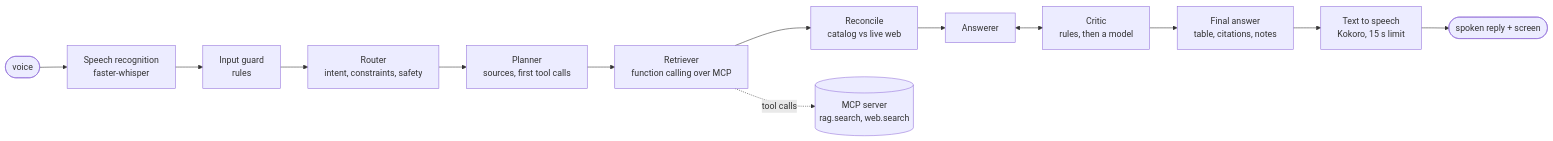
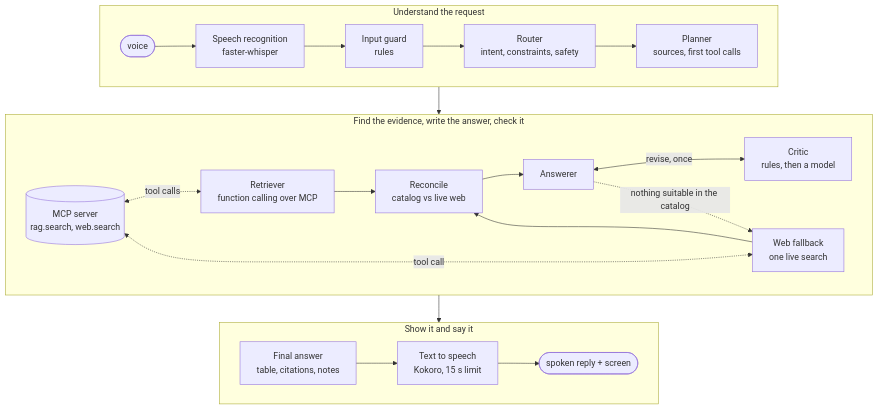
The diagram in README.md (MohanLi/voice-shopping-copilot), drawn with Mermaid before and after one commit. The commit also changed other lines of this file and 34 other files, not shown here.

````diff
--- a/README.md
+++ b/README.md
@@ -21,15 +22,22 @@
 ```mermaid
-flowchart LR
-    V([voice]) --> L[Speech recognition<br/>faster-whisper]
-    L --> G[Input guard<br/>rules]
-    G --> R[Router<br/>intent, constraints, safety]
-    R --> P[Planner<br/>sources, first tool calls]
-    P --> T[Retriever<br/>function calling over MCP]
-    T --> C[Reconcile<br/>catalog vs live web]
-    C --> A[Answerer]
-    A <--> K[Critic<br/>rules, then a model]
-    K --> F[Final answer<br/>table, citations, notes]
-    F --> S[Text to speech<br/>Kokoro, 15 s limit]
-    S --> O([spoken reply + screen])
-    T -. tool calls .-> M[(MCP server<br/>rag.search, web.search)]
+flowchart TB
+    subgraph hear [Understand the request]
+        direction LR
+        V([voice]) --> L[Speech recognition<br/>faster-whisper] --> G[Input guard<br/>rules] --> R[Router<br/>intent, constraints, safety] --> P[Planner<br/>sources, first tool calls]
+    end
+    subgraph find [Find the evidence, write the answer, check it]
+        direction LR
+        M[(MCP server<br/>rag.search, web.search)]
+        T[Retriever<br/>function calling over MCP] --> C[Reconcile<br/>catalog vs live web] --> A[Answerer]
+        A <-- revise, once --> K[Critic<br/>rules, then a model]
+        W[Web fallback<br/>one live search] --> C
+        A -. nothing suitable in the catalog .-> W
+        M <-. tool calls .-> T
+        M <-. tool call .-> W
+    end
+    subgraph say [Show it and say it]
+        direction LR
+        F[Final answer<br/>table, citations, notes] --> S[Text to speech<br/>Kokoro, 15 s limit] --> O([spoken reply + screen])
+    end
+    hear --> find --> say
 ```
````
